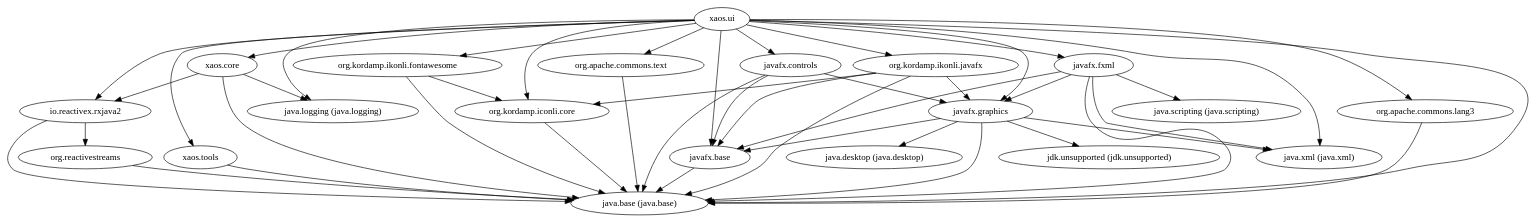
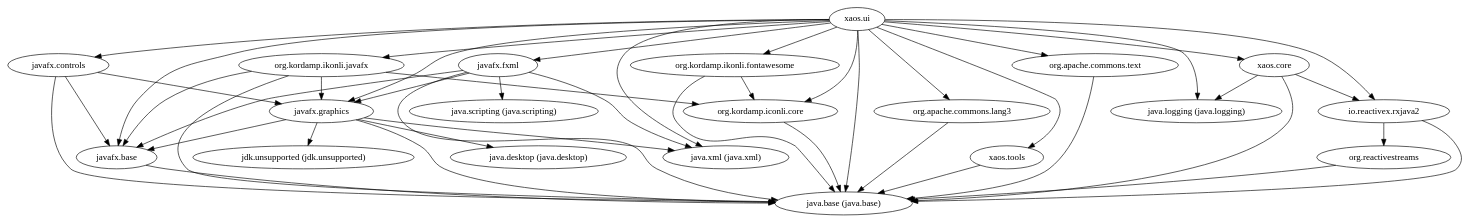
One commit to ESSICS/XAOS changed the diagram in xaos.ui.module/doc/module-dependencies.dot. Above: the diagram before and after it, drawn with Graphviz. The commit also changed other lines of this file and 91 other files, not shown here.

Commit message:
Working on ChartUndoManager and CursorTool. Tests almost completed.

```diff
--- a/xaos.ui.module/doc/module-dependencies.dot
+++ b/xaos.ui.module/doc/module-dependencies.dot
@@ -1,47 +1,47 @@
 digraph "summary" {
+  "org.kordamp.ikonli.javafx"                        -> "java.base (java.base)";
+  "org.kordamp.ikonli.javafx"                        -> "javafx.base";
+  "org.kordamp.ikonli.javafx"                        -> "javafx.graphics";
+  "org.kordamp.ikonli.javafx"                        -> "org.kordamp.iconli.core";
   "org.apache.commons.lang3"                         -> "java.base (java.base)";
   "xaos.core"                                        -> "io.reactivex.rxjava2";
   "xaos.core"                                        -> "java.base (java.base)";
   "xaos.core"                                        -> "java.logging (java.logging)";
   "org.reactivestreams"                              -> "java.base (java.base)";
   "javafx.base"                                      -> "java.base (java.base)";
   "xaos.tools"                                       -> "java.base (java.base)";
   "javafx.graphics"                                  -> "java.base (java.base)";
   "javafx.graphics"                                  -> "java.desktop (java.desktop)";
   "javafx.graphics"                                  -> "java.xml (java.xml)";
   "javafx.graphics"                                  -> "javafx.base";
   "javafx.graphics"                                  -> "jdk.unsupported (jdk.unsupported)";
   "javafx.controls"                                  -> "java.base (java.base)";
   "javafx.controls"                                  -> "javafx.base";
   "javafx.controls"                                  -> "javafx.graphics";
+  "org.apache.commons.text"                          -> "java.base (java.base)";
   "org.kordamp.ikonli.fontawesome"                   -> "java.base (java.base)";
   "org.kordamp.ikonli.fontawesome"                   -> "org.kordamp.iconli.core";
-  "org.apache.commons.text"                          -> "java.base (java.base)";
-  "org.kordamp.iconli.core"                          -> "java.base (java.base)";
   "xaos.ui"                                          -> "io.reactivex.rxjava2";
   "xaos.ui"                                          -> "java.base (java.base)";
   "xaos.ui"                                          -> "java.logging (java.logging)";
   "xaos.ui"                                          -> "java.xml (java.xml)";
   "xaos.ui"                                          -> "javafx.base";
   "xaos.ui"                                          -> "javafx.controls";
   "xaos.ui"                                          -> "javafx.fxml";
   "xaos.ui"                                          -> "javafx.graphics";
   "xaos.ui"                                          -> "org.apache.commons.lang3";
   "xaos.ui"                                          -> "org.apache.commons.text";
   "xaos.ui"                                          -> "org.kordamp.iconli.core";
   "xaos.ui"                                          -> "org.kordamp.ikonli.fontawesome";
   "xaos.ui"                                          -> "org.kordamp.ikonli.javafx";
   "xaos.ui"                                          -> "xaos.core";
   "xaos.ui"                                          -> "xaos.tools";
   "io.reactivex.rxjava2"                             -> "java.base (java.base)";
   "io.reactivex.rxjava2"                             -> "org.reactivestreams";
-  "org.kordamp.ikonli.javafx"                        -> "java.base (java.base)";
-  "org.kordamp.ikonli.javafx"                        -> "javafx.base";
-  "org.kordamp.ikonli.javafx"                        -> "javafx.graphics";
-  "org.kordamp.ikonli.javafx"                        -> "org.kordamp.iconli.core";
   "javafx.fxml"                                      -> "java.base (java.base)";
   "javafx.fxml"                                      -> "java.scripting (java.scripting)";
   "javafx.fxml"                                      -> "java.xml (java.xml)";
   "javafx.fxml"                                      -> "javafx.base";
   "javafx.fxml"                                      -> "javafx.graphics";
+  "org.kordamp.iconli.core"                          -> "java.base (java.base)";
 }
```
